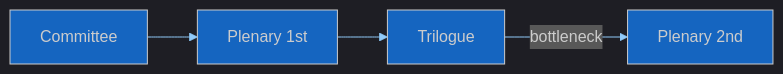
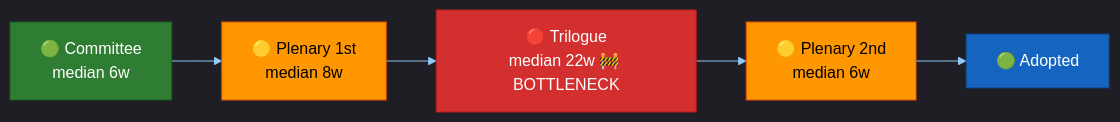
One commit to Hack23/euparliamentmonitor changed the second of 2 diagrams in analysis/templates/legislative-velocity-risk.md. Above: the diagram before and after it, drawn with Mermaid. The commit also changed other lines of this file and 5 other files, not shown here.

````diff
--- a/analysis/templates/legislative-velocity-risk.md
+++ b/analysis/templates/legislative-velocity-risk.md
@@ -50,7 +97,17 @@
 ```mermaid
 %%{init: {"theme":"dark","themeVariables":{"primaryColor":"#1565C0","primaryTextColor":"#ffffff","primaryBorderColor":"#0A3F7F","lineColor":"#90CAF9","secondaryColor":"#2E7D32","secondaryTextColor":"#ffffff","tertiaryColor":"#FF9800","tertiaryTextColor":"#000000","mainBkg":"#1565C0","secondBkg":"#2E7D32","tertiaryBkg":"#FF9800","noteBkgColor":"#FFC107","noteTextColor":"#000000","errorBkgColor":"#D32F2F","fontFamily":"Inter, Helvetica, Arial, sans-serif"}}}%%
 flowchart LR
-    COMM[Committee] --> PLEN1[Plenary 1st]
-    PLEN1 --> TRIL[Trilogue]
-    TRIL -->|bottleneck| PLEN2[Plenary 2nd]
+    COMM[🟢 Committee<br/>median 6w] --> PLEN1[🟡 Plenary 1st<br/>median 8w]
+    PLEN1 --> TRIL[🔴 Trilogue<br/>median 22w 🚧 BOTTLENECK]
+    TRIL --> PLEN2[🟡 Plenary 2nd<br/>median 6w]
+    PLEN2 --> ADOPT[🟢 Adopted]
+
+    classDef good fill:#2E7D32,stroke:#1B5E20,color:#ffffff;
+    classDef warn fill:#FF9800,stroke:#E65100,color:#000000;
+    classDef bad fill:#D32F2F,stroke:#B71C1C,color:#ffffff;
+    classDef done fill:#1565C0,stroke:#0A3F7F,color:#ffffff;
+    class COMM good;
+    class PLEN1,PLEN2 warn;
+    class TRIL bad;
+    class ADOPT done;
 ```
````
